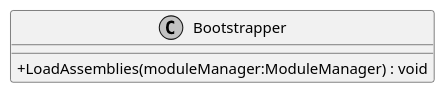
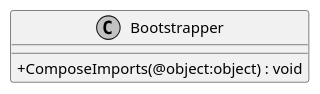
One commit to insightmind/MORR changed the diagram in documents/sd/plantuml/application/Core/MORR/Bootstrapper.puml. Above: the diagram before and after it, drawn with PlantUML. The commit also changed 85 other files, not shown here.

Commit message:
Added diagrams for Core and Shared

```diff
--- a/documents/sd/plantuml/application/Core/MORR/Bootstrapper.puml
+++ b/documents/sd/plantuml/application/Core/MORR/Bootstrapper.puml
@@ -1,8 +1,8 @@
 @startuml
 skinparam monochrome true
 skinparam classAttributeIconSize 0
 
 class Bootstrapper {
-    + LoadAssemblies(moduleManager:ModuleManager) : void
+    + ComposeImports(@object:object) : void
 }
 @enduml
```
